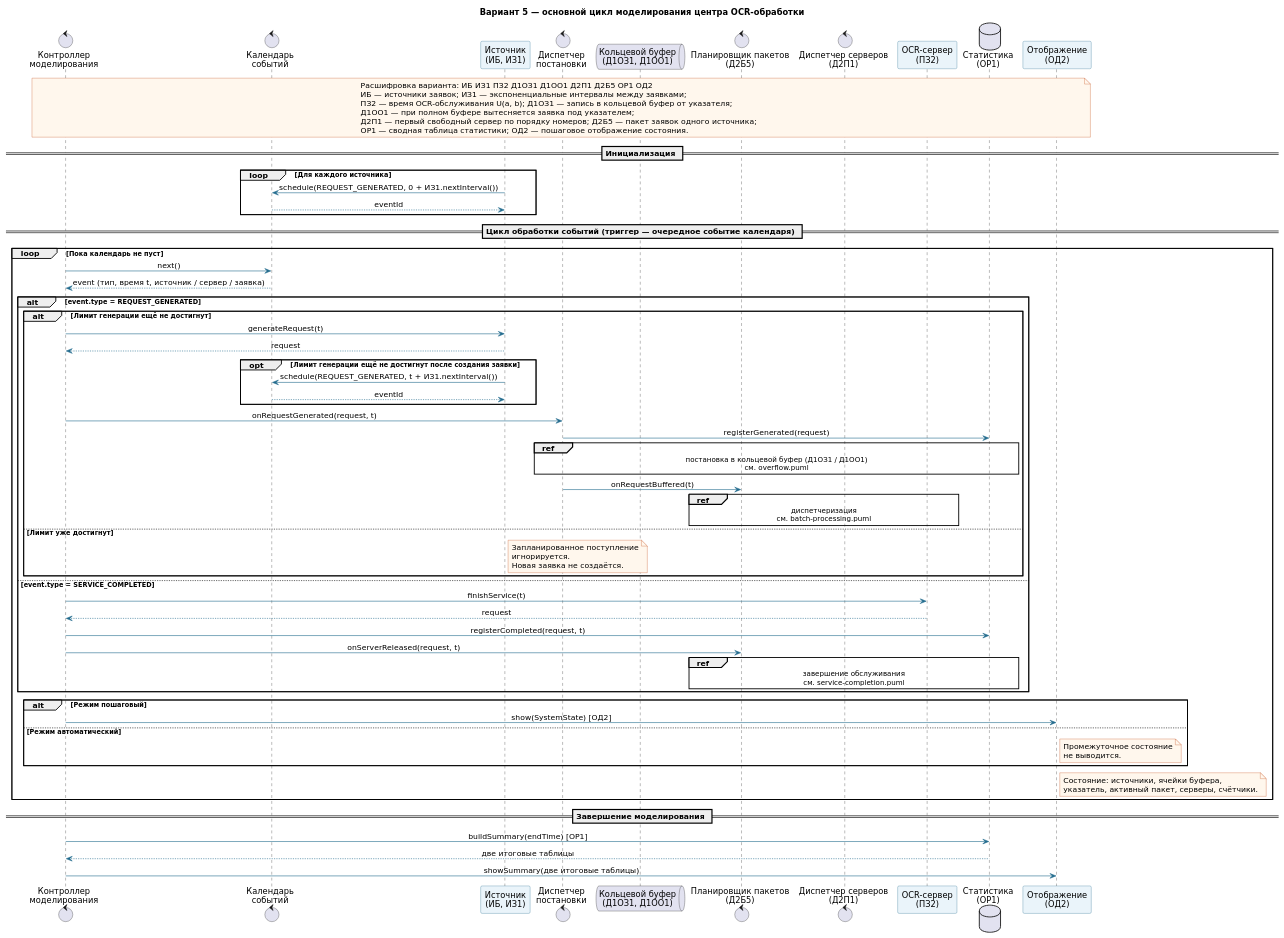
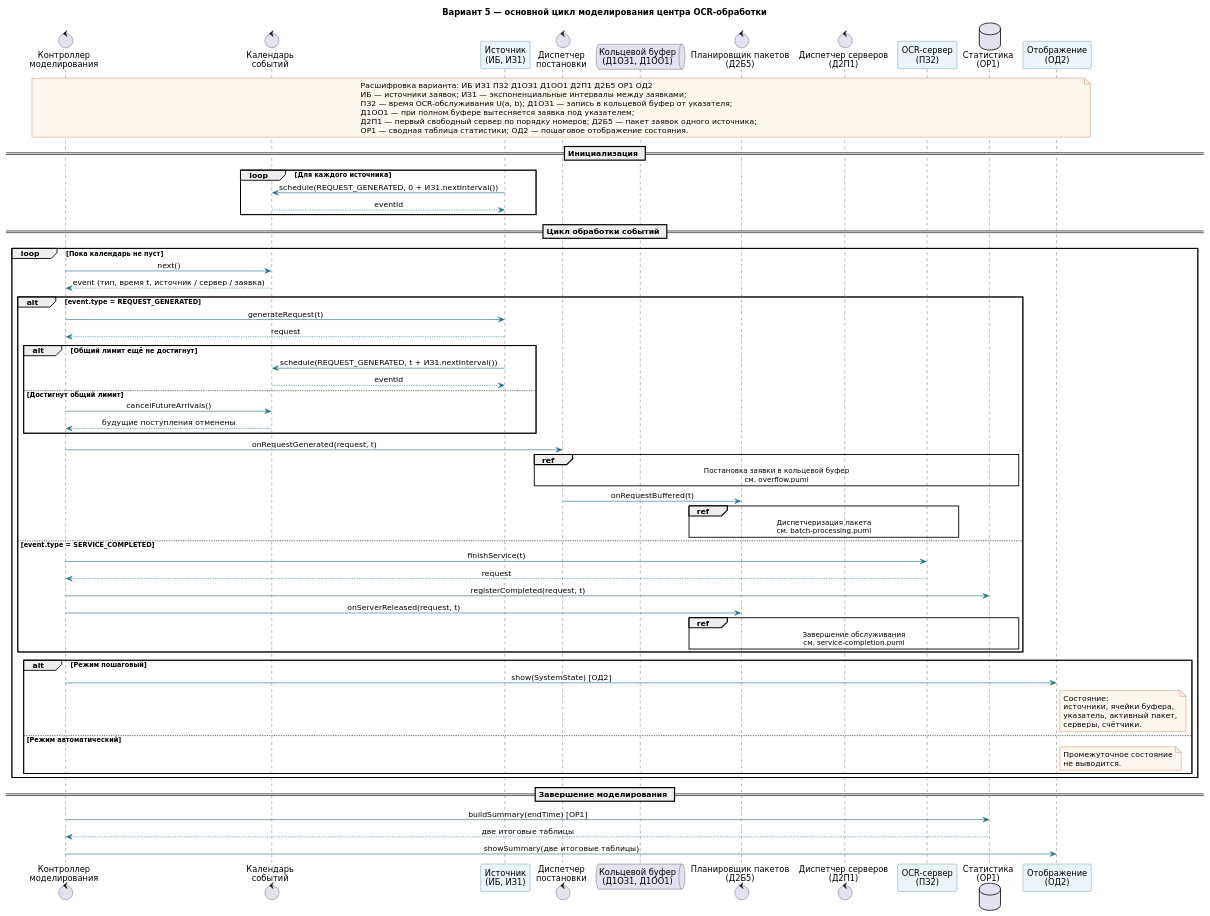
Before and after one commit to xanaoxx/smo-ocr-variant-5: the diagram in smo-ocr-variant-5/diagrams/sequence/main-flow.puml, drawn with PlantUML. The commit also changed other lines of this file, not shown here.

```diff
--- a/smo-ocr-variant-5/diagrams/sequence/main-flow.puml
+++ b/smo-ocr-variant-5/diagrams/sequence/main-flow.puml
@@ -1,93 +2,104 @@
 @startuml
 skinparam backgroundColor white
 skinparam shadowing false
 skinparam defaultFontName DejaVu Sans
 skinparam sequenceMessageAlign center
 skinparam ArrowColor #236B8E
 skinparam ParticipantBorderColor #236B8E
 skinparam ParticipantBackgroundColor #EAF4FA
 skinparam NoteBackgroundColor #FFF7ED
 skinparam NoteBorderColor #C2410C
 
 title Вариант 5 — основной цикл моделирования центра OCR-обработки
 
 control "Контроллер\nмоделирования" as Controller
 control "Календарь\nсобытий" as Calendar
 participant "Источник\n(ИБ, ИЗ1)" as Source
 control "Диспетчер\nпостановки" as Placement
 queue "Кольцевой буфер\n(Д1ОЗ1, Д1ОО1)" as Buffer
 control "Планировщик пакетов\n(Д2Б5)" as Batch
 control "Диспетчер серверов\n(Д2П1)" as ServerDispatch
 participant "OCR-сервер\n(ПЗ2)" as Worker
 database "Статистика\n(ОР1)" as Stats
 participant "Отображение\n(ОД2)" as View
 
 note over Controller, View
 Расшифровка варианта: ИБ ИЗ1 ПЗ2 Д1ОЗ1 Д1ОО1 Д2П1 Д2Б5 ОР1 ОД2
 ИБ — источники заявок; ИЗ1 — экспоненциальные интервалы между заявками;
 ПЗ2 — время OCR-обслуживания U(a, b); Д1ОЗ1 — запись в кольцевой буфер от указателя;
 Д1ОО1 — при полном буфере вытесняется заявка под указателем;
 Д2П1 — первый свободный сервер по порядку номеров; Д2Б5 — пакет заявок одного источника;
 ОР1 — сводная таблица статистики; ОД2 — пошаговое отображение состояния.
 end note
 
 == Инициализация ==
+
 loop Для каждого источника
   Source -> Calendar: schedule(REQUEST_GENERATED, 0 + ИЗ1.nextInterval())
   Calendar --> Source: eventId
 end
 
-== Цикл обработки событий (триггер — очередное событие календаря) ==
+== Цикл обработки событий ==
+
 loop Пока календарь не пуст
+
   Controller -> Calendar: next()
   Calendar --> Controller: event (тип, время t, источник / сервер / заявка)
+
   alt event.type = REQUEST_GENERATED
-  alt Лимит генерации ещё не достигнут
+
     Controller -> Source: generateRequest(t)
     Source --> Controller: request
 
-    opt Лимит генерации ещё не достигнут после создания заявки
+    alt Общий лимит ещё не достигнут
       Source -> Calendar: schedule(REQUEST_GENERATED, t + ИЗ1.nextInterval())
       Calendar --> Source: eventId
+    else Достигнут общий лимит
+      Controller -> Calendar: cancelFutureArrivals()
+      Calendar --> Controller: будущие поступления отменены
     end
 
     Controller -> Placement: onRequestGenerated(request, t)
-    Placement -> Stats: registerGenerated(request)
-    ref over Placement, Buffer, Stats: постановка в кольцевой буфер (Д1ОЗ1 / Д1ОО1)\nсм. overflow.puml
+    ref over Placement, Buffer, Stats: Постановка заявки в кольцевой буфер\nсм. overflow.puml
     Placement -> Batch: onRequestBuffered(t)
-    ref over Batch, ServerDispatch, Worker: диспетчеризация\nсм. batch-processing.puml
+    ref over Batch, ServerDispatch, Worker: Диспетчеризация пакета\nсм. batch-processing.puml
 
-  else Лимит уже достигнут
-    note right of Source
-      Запланированное поступление
-      игнорируется.
-      Новая заявка не создаётся.
-    end note
+  else event.type = SERVICE_COMPLETED
+
+    Controller -> Worker: finishService(t)
+    Worker --> Controller: request
+    Controller -> Stats: registerCompleted(request, t)
+    Controller -> Batch: onServerReleased(request, t)
+    ref over Batch, Worker, Stats: Завершение обслуживания\nсм. service-completion.puml
+
   end
 
-else event.type = SERVICE_COMPLETED
-  Controller -> Worker: finishService(t)
-  Worker --> Controller: request
-  Controller -> Stats: registerCompleted(request, t)
-  Controller -> Batch: onServerReleased(request, t)
-  ref over Batch, Worker, Stats: завершение обслуживания\nсм. service-completion.puml
-end
-    alt Режим пошаговый
+  alt Режим пошаговый
+
     Controller -> View: show(SystemState) [ОД2]
+
+    note right of View
+      Состояние:
+      источники, ячейки буфера,
+      указатель, активный пакет,
+      серверы, счётчики.
+    end note
+
   else Режим автоматический
+
     note right of View
       Промежуточное состояние
       не выводится.
     end note
-  end
-    note right of View
-    Состояние: источники, ячейки буфера,
-    указатель, активный пакет, серверы, счётчики.
-    end note
+
   end
 
+end
+
 == Завершение моделирования ==
+
 Controller -> Stats: buildSummary(endTime) [ОР1]
 Stats --> Controller: две итоговые таблицы
 Controller -> View: showSummary(две итоговые таблицы)
+
 @enduml
```
